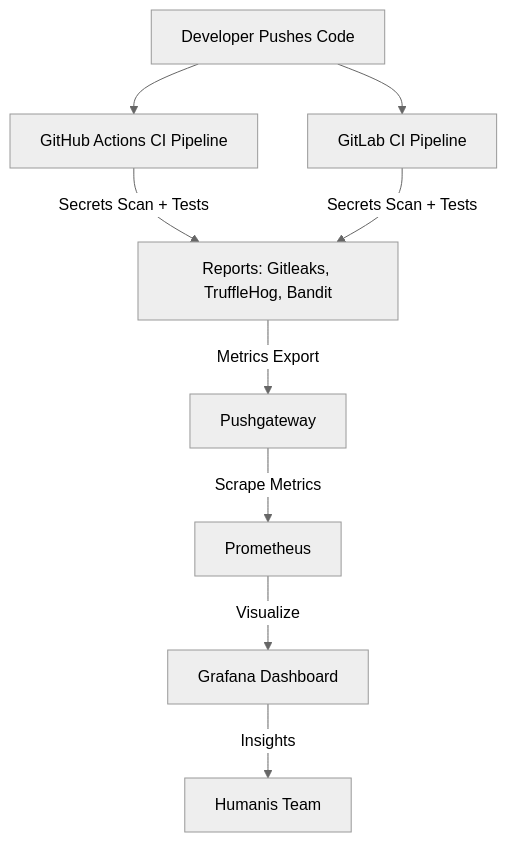
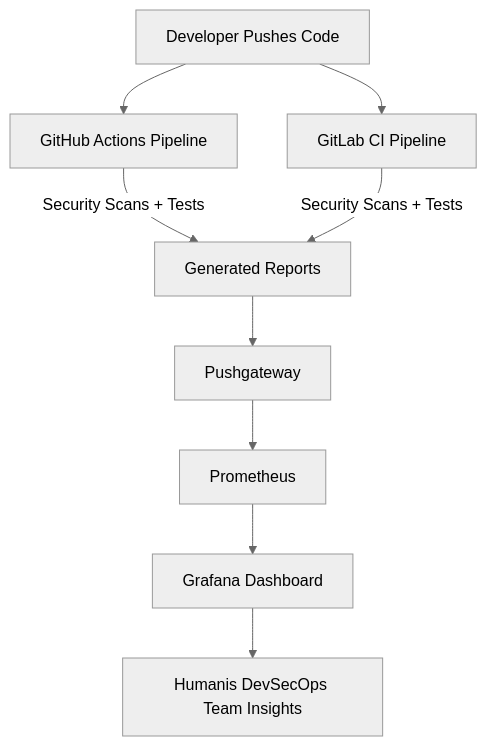
Before and after one commit to vidhikansara12/humanis-devsecops: the diagram in README.MD, drawn with Mermaid (neutral theme). The commit also changed other lines of this file and 1 other file, not shown here.

````diff
--- a/README.MD
+++ b/README.MD
@@ -46,17 +44,14 @@
 ```mermaid
 flowchart TD
 
-A[Developer Pushes Code] --> B[GitHub Actions CI Pipeline]
+A[Developer Pushes Code] --> B[GitHub Actions Pipeline]
 A --> C[GitLab CI Pipeline]
 
-B -->|Secrets Scan + Tests| D[Reports: Gitleaks, TruffleHog, Bandit]
-C -->|Secrets Scan + Tests| D
+B -->|Security Scans + Tests| D[Generated Reports]
+C -->|Security Scans + Tests| D
 
-D -->|Metrics Export| E[Pushgateway]
-
-E -->|Scrape Metrics| F[Prometheus]
-
-F -->|Visualize| G[Grafana Dashboard]
-
-G -->|Insights| H[Humanis Team]
+D --> E[Pushgateway]
+E --> F[Prometheus]
+F --> G[Grafana Dashboard]
+G --> H[Humanis DevSecOps Team Insights]
 ```
````
